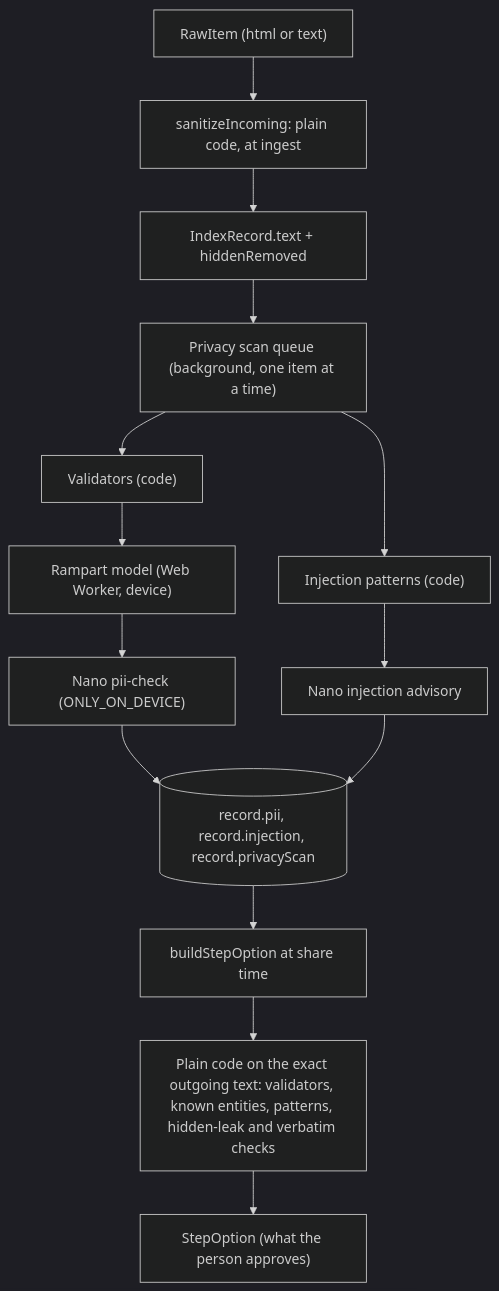
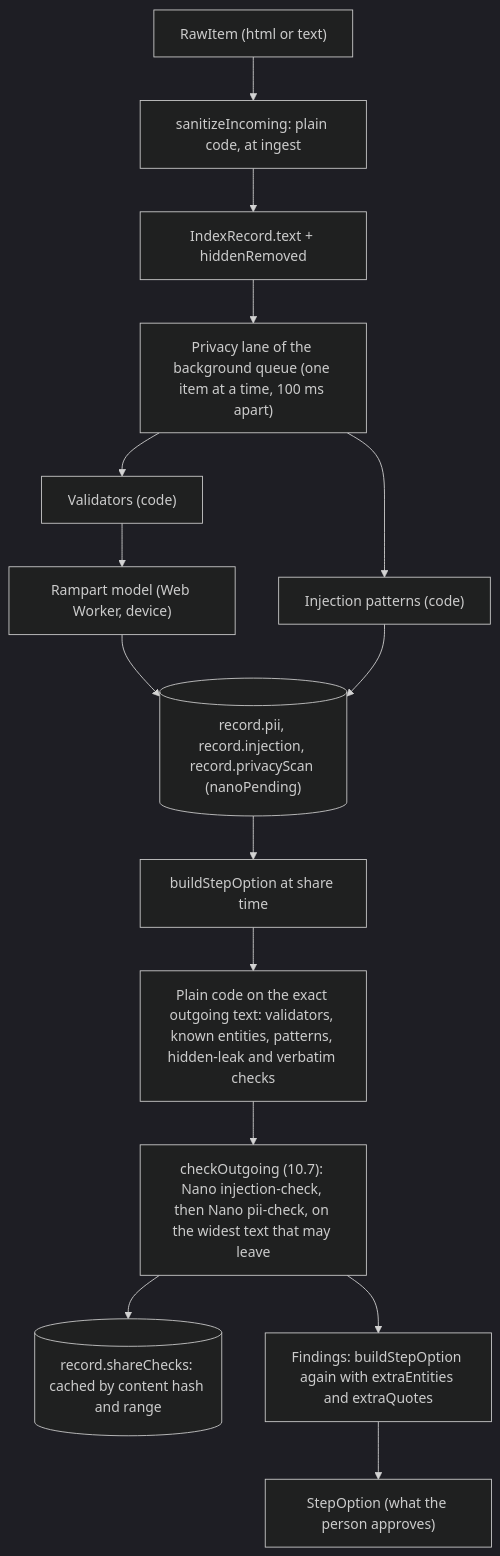
One commit to 1manideep/Sieve changed the first of 7 diagrams in docs/spec/11-privacy-pipeline.md. Above: the diagram before and after it, drawn with Mermaid (dark theme). The commit also changed other lines of this file and 151 other files, not shown here.

Commit message:
Auto-approve for testing, Gmail through the Google window, indexing in series with the checks at share time, the landing at the root with the app at /ask, the popup opens on arrival

````diff
--- a/docs/spec/11-privacy-pipeline.md
+++ b/docs/spec/11-privacy-pipeline.md
@@ -258,16 +258,17 @@
 ```mermaid
 flowchart TD
   RAW["RawItem (html or text)"] --> SAN["sanitizeIncoming: plain code, at ingest"]
   SAN --> REC["IndexRecord.text + hiddenRemoved"]
-  REC --> Q["Privacy scan queue (background, one item at a time)"]
+  REC --> Q["Privacy lane of the background queue (one item at a time, 100 ms apart)"]
   Q --> V["Validators (code)"]
   V --> M["Rampart model (Web Worker, device)"]
-  M --> NP["Nano pii-check (ONLY_ON_DEVICE)"]
   Q --> IP["Injection patterns (code)"]
-  IP --> NI["Nano injection advisory"]
-  NP --> C[("record.pii, record.injection, record.privacyScan")]
-  NI --> C
+  M --> C[("record.pii, record.injection, record.privacyScan (nanoPending)")]
+  IP --> C
   C --> B["buildStepOption at share time"]
   B --> PC["Plain code on the exact outgoing text: validators, known entities, patterns, hidden-leak and verbatim checks"]
-  PC --> SO["StepOption (what the person approves)"]
+  PC --> N["checkOutgoing (10.7): Nano injection-check, then Nano pii-check, on the widest text that may leave"]
+  N --> K[("record.shareChecks: cached by content hash and range")]
+  N --> RB["Findings: buildStepOption again with extraEntities and extraQuotes"]
+  RB --> SO["StepOption (what the person approves)"]
 ```
````
